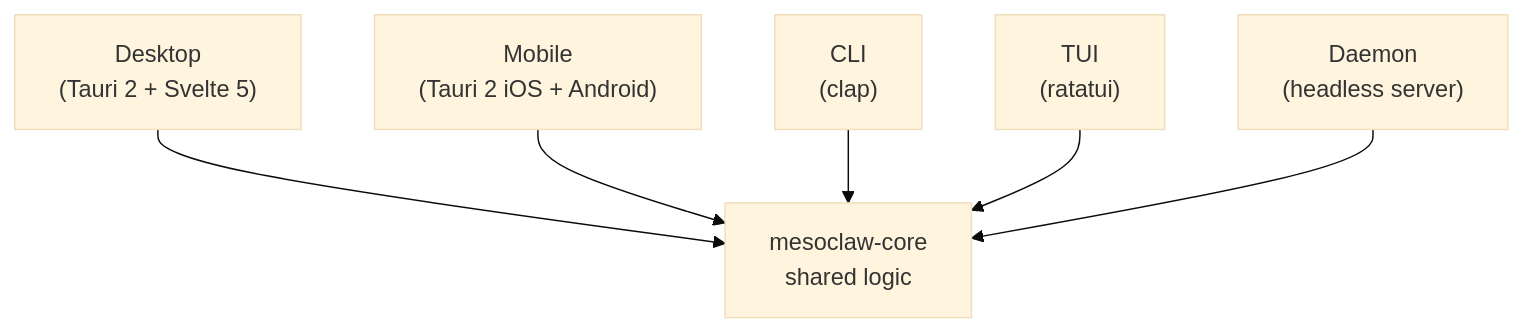
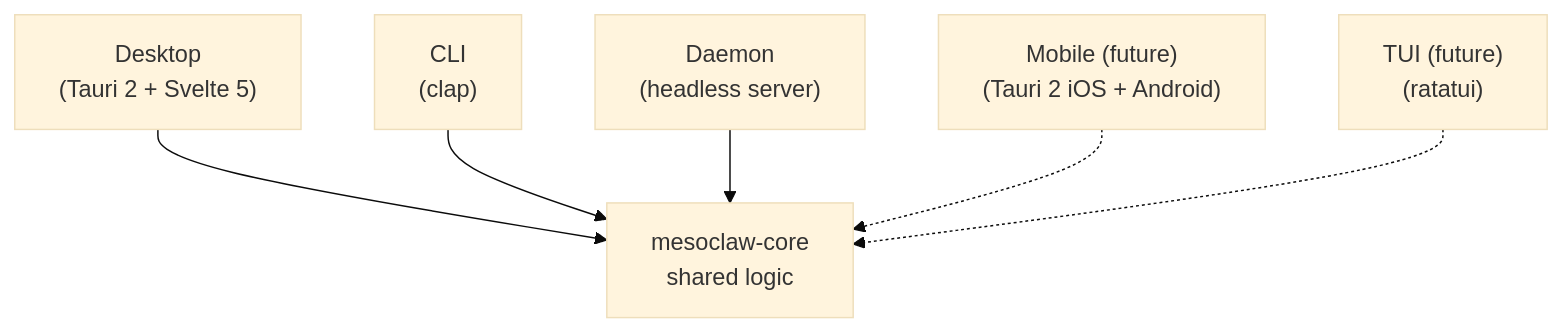
Before and after one commit to sprklai/zenii: the first of 7 diagrams in README.md, drawn with Mermaid (base theme). The commit also changed other lines of this file and 64 other files, not shown here.

````diff
--- a/README.md
+++ b/README.md
@@ -11,8 +11,8 @@
 ```mermaid
 graph TB
     Desktop["Desktop<br>#40;Tauri 2 + Svelte 5#41;"] --> Core[mesoclaw-core<br>shared logic]
-    Mobile["Mobile<br>#40;Tauri 2 iOS + Android#41;"] --> Core
     CLI["CLI<br>#40;clap#41;"] --> Core
-    TUI["TUI<br>#40;ratatui#41;"] --> Core
     Daemon["Daemon<br>#40;headless server#41;"] --> Core
+    Mobile["Mobile #40;future#41;<br>#40;Tauri 2 iOS + Android#41;"] -.-> Core
+    TUI["TUI #40;future#41;<br>#40;ratatui#41;"] -.-> Core
 ```
````
